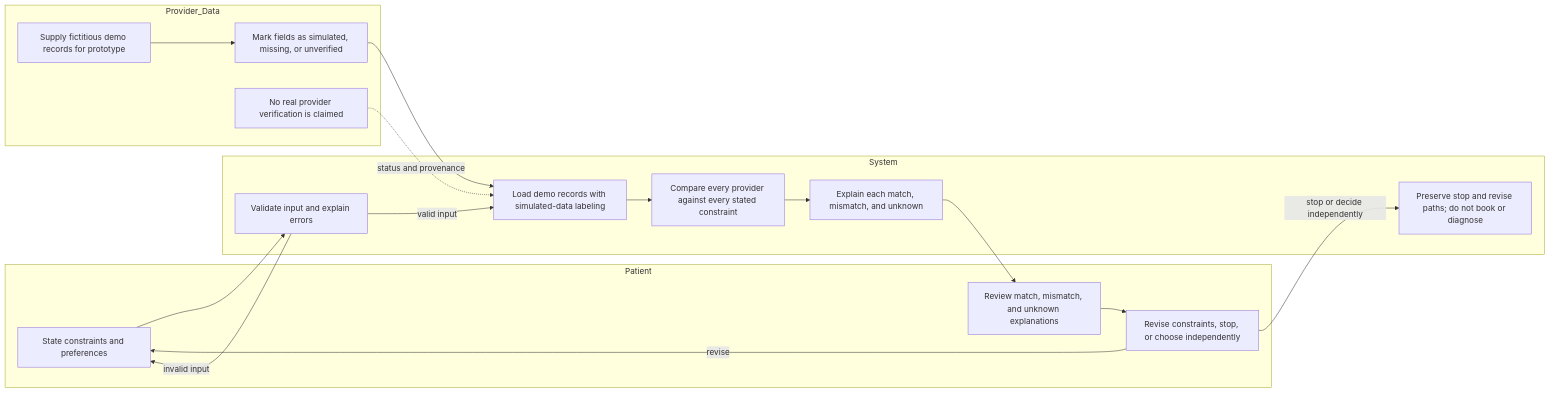
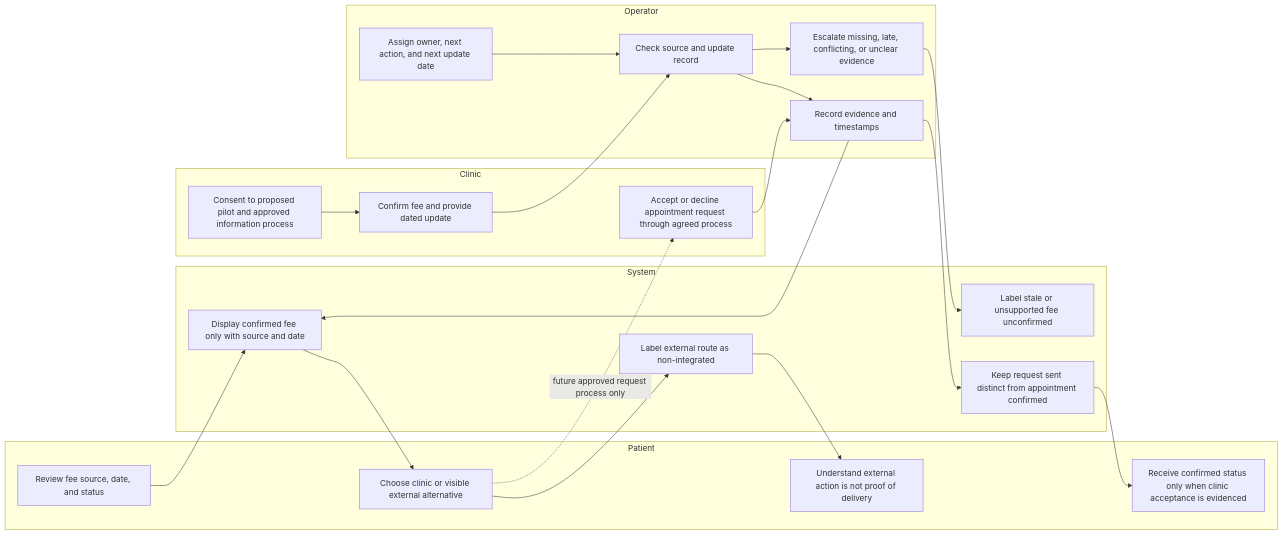
The second of 2 diagrams in docs/PACKET.md (escotoinesbuilds-design/week12), drawn with Mermaid before and after one commit. The commit also changed other lines of this file, not shown here.

````diff
--- a/docs/PACKET.md
+++ b/docs/PACKET.md
@@ -89,35 +63,36 @@
 ```mermaid
 flowchart LR
     subgraph Patient
-        P1[State constraints and preferences]
-        P2[Review match, mismatch, and unknown explanations]
-        P3[Revise constraints, stop, or choose independently]
+        P1[Review fee source, date, and status]
+        P2[Choose clinic or visible external alternative]
+        P3[Understand external action is not proof of delivery]
+        P4[Receive confirmed status only when clinic acceptance is evidenced]
     end
-
     subgraph System
-        S1[Validate input and explain errors]
-        S2[Load demo records with simulated-data labeling]
-        S3[Compare every provider against every stated constraint]
-        S4[Explain each match, mismatch, and unknown]
-        S5[Preserve stop and revise paths; do not book or diagnose]
+        S1[Display confirmed fee only with source and date]
+        S2[Label stale or unsupported fee unconfirmed]
+        S3[Label external route as non-integrated]
+        S4[Keep request sent distinct from appointment confirmed]
     end
-
-    subgraph Provider_Data
-        D1[Supply fictitious demo records for prototype]
-        D2[Mark fields as simulated, missing, or unverified]
-        D3[No real provider verification is claimed]
+    subgraph Clinic
+        C1[Consent to proposed pilot and approved information process]
+        C2[Confirm fee and provide dated update]
+        C3[Accept or decline appointment request through agreed process]
     end
-
+    subgraph Operator
+        O1[Assign owner, next action, and next update date]
+        O2[Check source and update record]
+        O3[Record evidence and timestamps]
+        O4[Escalate missing, late, conflicting, or unclear evidence]
+    end
     P1 --> S1
-    S1 -->|valid input| S2
-    S1 -->|invalid input| P1
-    D1 --> D2
-    D2 --> S2
-    D3 -. status and provenance .-> S2
-    S2 --> S3
-    S3 --> S4
-    S4 --> P2
-    P2 --> P3
-    P3 -->|revise| P1
-    P3 -->|stop or decide independently| S5
+    S1 --> P2
+    P2 --> S3
+    S3 --> P3
+    C1 --> C2 --> O2
+    O1 --> O2
+    O2 --> O3 --> S1
+    O2 --> O4 --> S2
+    P2 -. future approved request process only .-> C3
+    C3 --> O3 --> S4 --> P4
 ```
````
